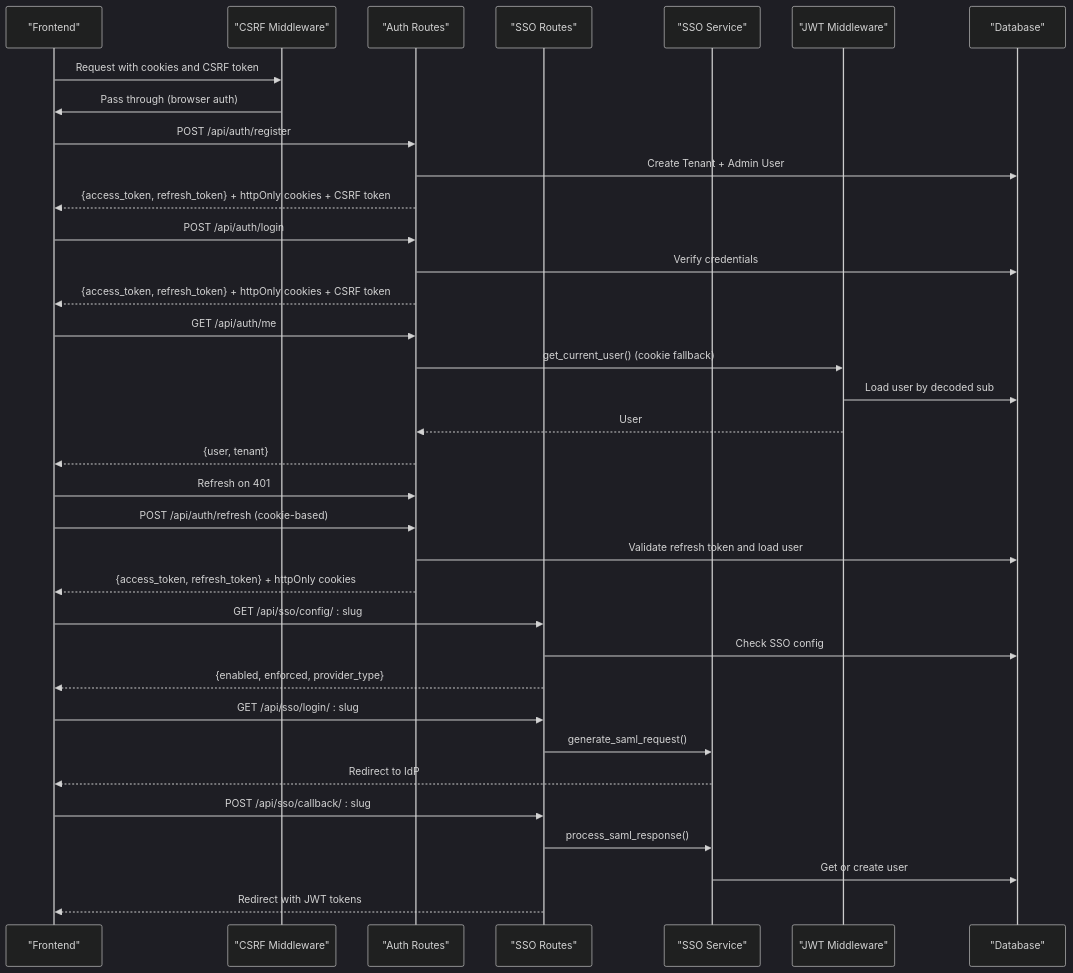
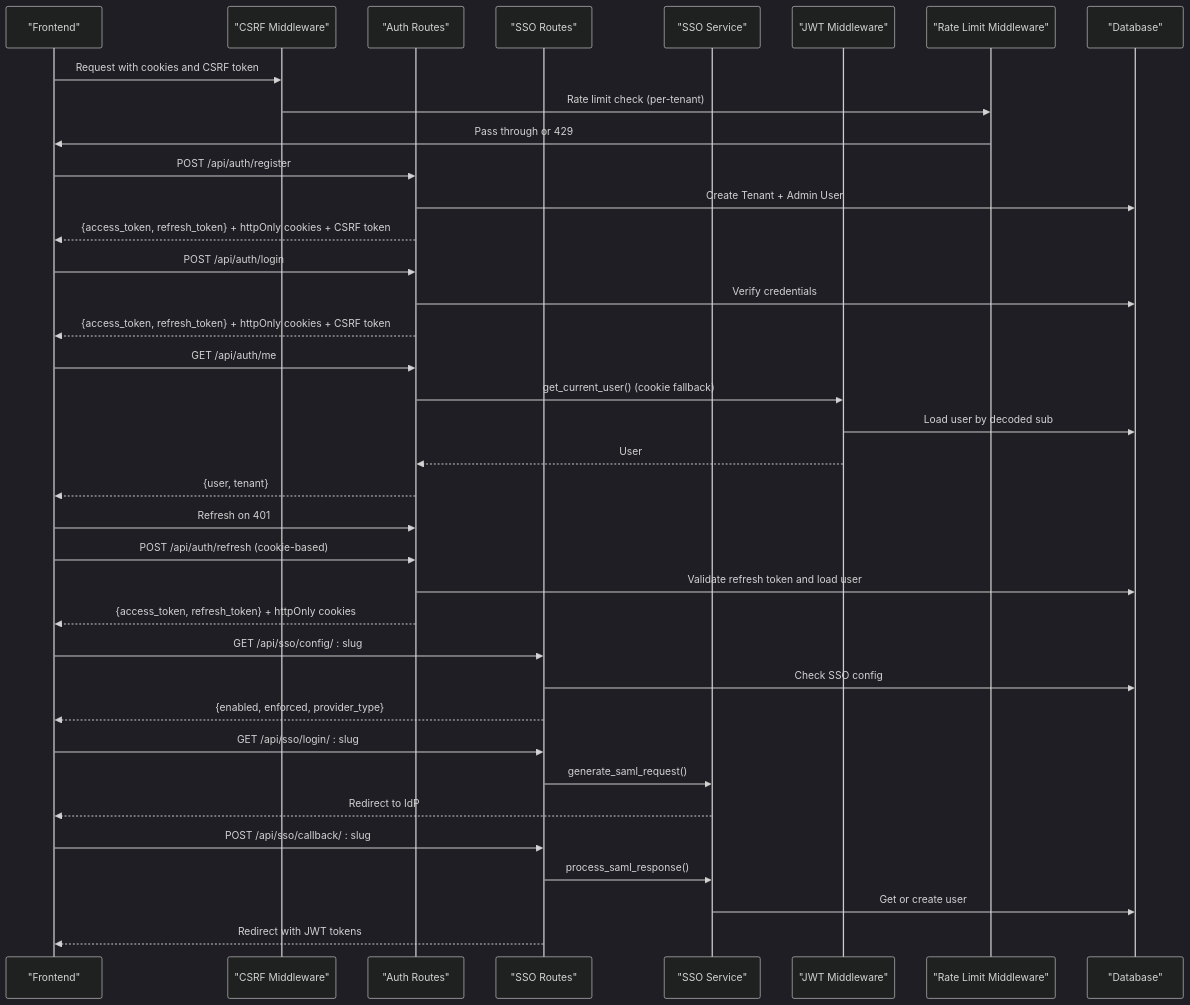
Before and after one commit to Revanththetalogics/aireume: the second of 19 diagrams in .qoder/repowiki/en/content/Authentication & Authorization/Authentication & Authorization.md, drawn with Mermaid (dark theme). The commit also changed other lines of this file and 13 other files, not shown here.

````diff
--- a/.qoder/repowiki/en/content/Authentication & Authorization/Authentication & Authorization.md
+++ b/.qoder/repowiki/en/content/Authentication & Authorization/Authentication & Authorization.md
@@ -182,37 +196,39 @@
 ```mermaid
 sequenceDiagram
 participant FE as "Frontend"
 participant CSRF as "CSRF Middleware"
 participant API as "Auth Routes"
 participant SSO as "SSO Routes"
 participant SSOService as "SSO Service"
 participant MW as "JWT Middleware"
+participant RL as "Rate Limit Middleware"
 participant DB as "Database"
 FE->>CSRF : Request with cookies and CSRF token
-CSRF->>FE : Pass through (browser auth)
+CSRF->>RL : Rate limit check (per-tenant)
+RL->>FE : Pass through or 429
 FE->>API : POST /api/auth/register
 API->>DB : Create Tenant + Admin User
 API-->>FE : {access_token, refresh_token} + httpOnly cookies + CSRF token
 FE->>API : POST /api/auth/login
 API->>DB : Verify credentials
 API-->>FE : {access_token, refresh_token} + httpOnly cookies + CSRF token
 FE->>API : GET /api/auth/me
 API->>MW : get_current_user() (cookie fallback)
 MW->>DB : Load user by decoded sub
 MW-->>API : User
 API-->>FE : {user, tenant}
 FE->>API : Refresh on 401
 FE->>API : POST /api/auth/refresh (cookie-based)
 API->>DB : Validate refresh token and load user
 API-->>FE : {access_token, refresh_token} + httpOnly cookies
 FE->>SSO : GET /api/sso/config/ : slug
 SSO->>DB : Check SSO config
 SSO-->>FE : {enabled, enforced, provider_type}
 FE->>SSO : GET /api/sso/login/ : slug
 SSO->>SSOService : generate_saml_request()
 SSOService-->>FE : Redirect to IdP
 FE->>SSO : POST /api/sso/callback/ : slug
 SSO->>SSOService : process_saml_response()
 SSOService->>DB : Get or create user
 SSO-->>FE : Redirect with JWT tokens
 ```
````
